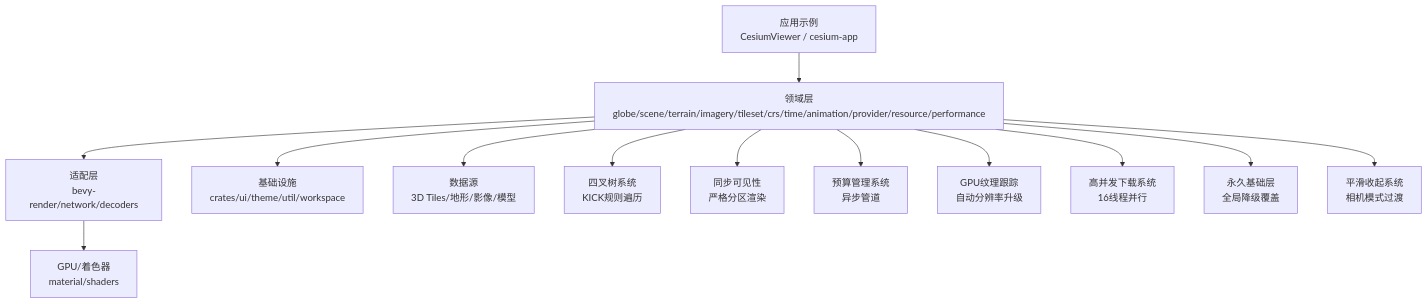
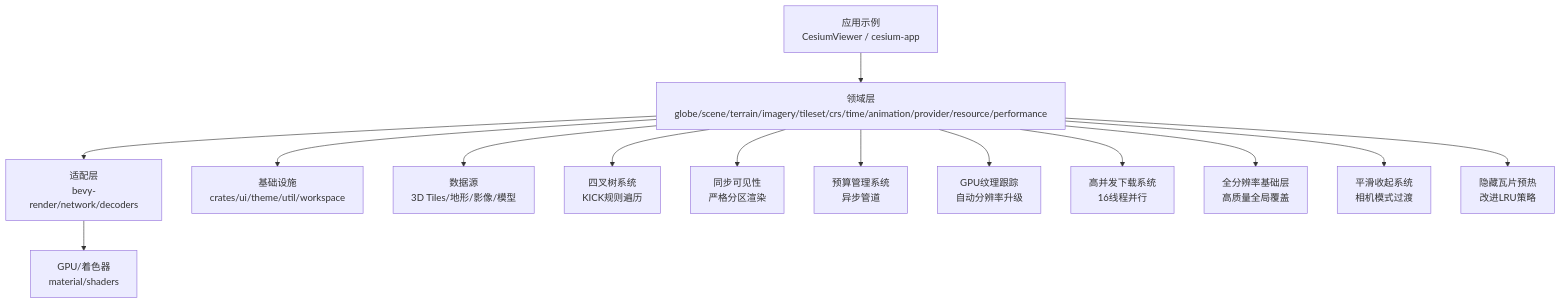
One commit to rzhangjing/cesium changed the second of 22 diagrams in .qoder/repowiki/zh/content/核心概念/渲染管线与场景图/动态地球渲染系统.md. Above: the diagram before and after it, drawn with Mermaid. The commit also changed other lines of this file and 61 other files, not shown here.

First line of the commit message:
修改地图晃动BUG

````diff
--- a/.qoder/repowiki/zh/content/核心概念/渲染管线与场景图/动态地球渲染系统.md
+++ b/.qoder/repowiki/zh/content/核心概念/渲染管线与场景图/动态地球渲染系统.md
@@ -157,28 +157,30 @@
 ```mermaid
 graph TB
 App["应用示例<br/>CesiumViewer / cesium-app"]
 Domain["领域层<br/>globe/scene/terrain/imagery/tileset/crs/time/animation/provider/resource/performance"]
 Adapter["适配层<br/>bevy-render/network/decoders"]
 Infra["基础设施<br/>crates/ui/theme/util/workspace"]
 Data["数据源<br/>3D Tiles/地形/影像/模型"]
 GPU["GPU/着色器<br/>material/shaders"]
 Quadtree["四叉树系统<br/>KICK规则遍历"]
 SyncVis["同步可见性<br/>严格分区渲染"]
 Budget["预算管理系统<br/>异步管道"]
 TextureTrack["GPU纹理跟踪<br/>自动分辨率升级"]
 DownloadSys["高并发下载系统<br/>16线程并行"]
-BaseLayer["永久基础层<br/>全局降级覆盖"]
+BaseLayer["全分辨率基础层<br/>高质量全局覆盖"]
 SmoothTransition["平滑收起系统<br/>相机模式过渡"]
+HiddenWarm["隐藏瓦片预热<br/>改进LRU策略"]
 App --> Domain
 Domain --> Adapter
 Adapter --> GPU
 Domain --> Data
 Domain --> Infra
 Domain --> Quadtree
 Domain --> SyncVis
 Domain --> Budget
 Domain --> TextureTrack
 Domain --> DownloadSys
 Domain --> BaseLayer
 Domain --> SmoothTransition
+Domain --> HiddenWarm
 ```
````
